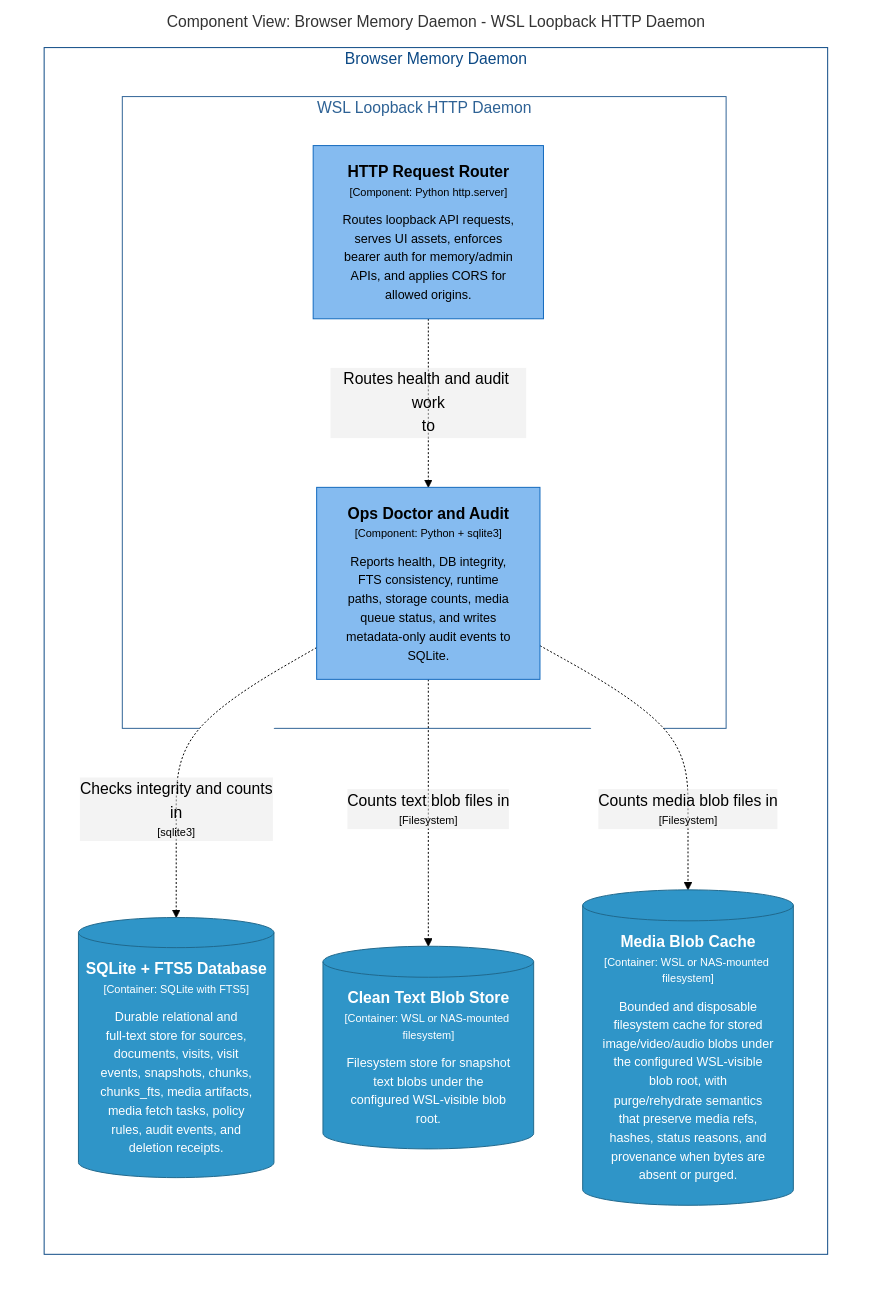
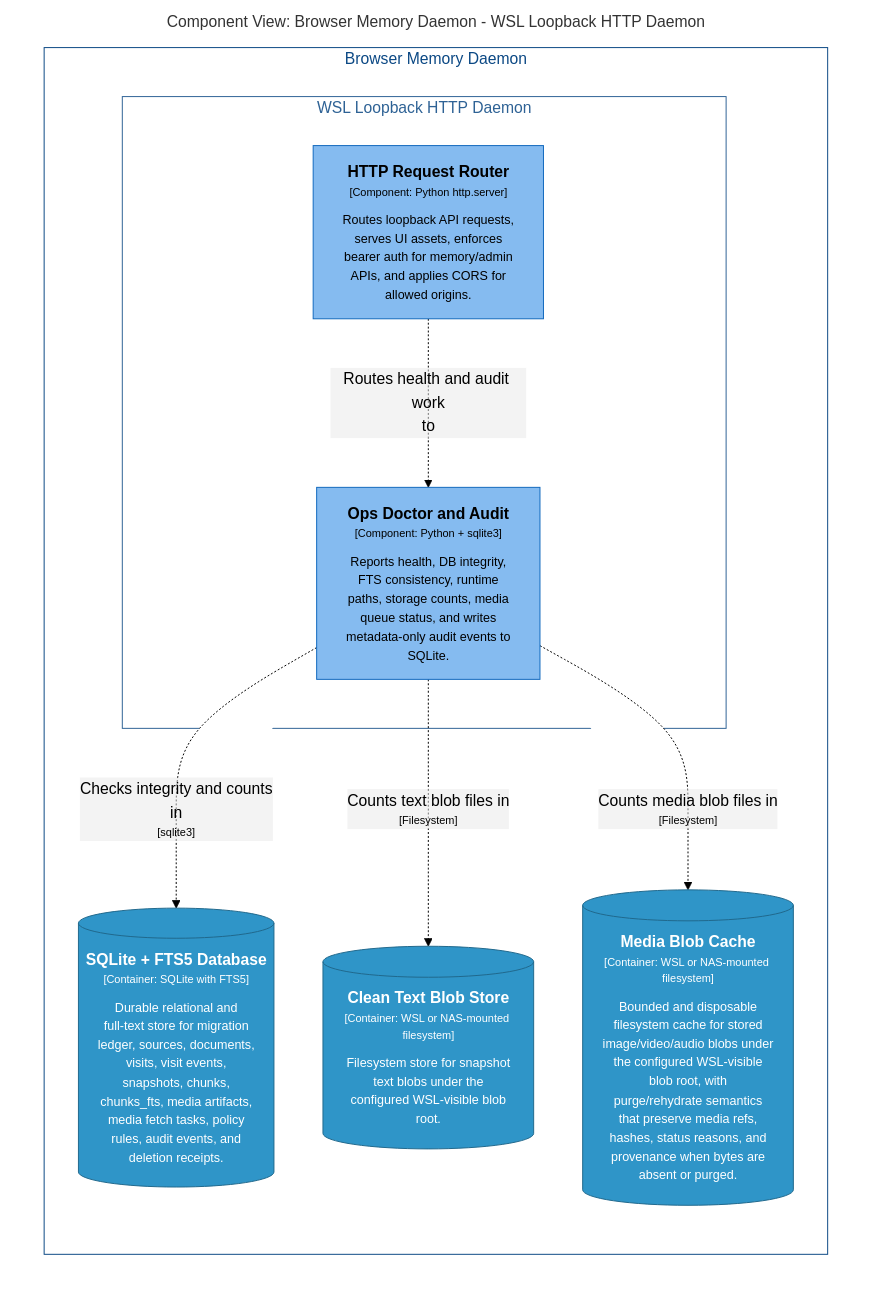
Before and after one commit to michaelnicks0/browser-memory-daemon: the diagram in docs/architecture/diagrams/markdown/DaemonDoctorComponents.md, drawn with Mermaid (forest theme). The commit also changed 180 other files, not shown here.

Commit message:
feat(db): add versioned migration ledger and compatibility checks

````diff
--- a/docs/architecture/diagrams/markdown/DaemonDoctorComponents.md
+++ b/docs/architecture/diagrams/markdown/DaemonDoctorComponents.md
@@ -16,34 +16,34 @@
 ```mermaid
 graph LR
   linkStyle default fill:#ffffff
 
   subgraph diagram ["Component View: Browser Memory Daemon - WSL Loopback HTTP Daemon"]
     style diagram fill:#ffffff,stroke:#ffffff
 
     subgraph 4 ["Browser Memory Daemon"]
       style 4 fill:#ffffff,stroke:#0b4884,color:#0b4884
 
       subgraph 14 ["WSL Loopback HTTP Daemon"]
         style 14 fill:#ffffff,stroke:#2e6295,color:#2e6295
 
         15["<div style='font-weight: bold'>HTTP Request Router</div><div style='font-size: 70%; margin-top: 0px'>[Component: Python http.server]</div><div style='font-size: 80%; margin-top:10px'>Routes loopback API requests,<br />serves UI assets, enforces<br />bearer auth for memory/admin<br />APIs, and applies CORS for<br />allowed origins.</div>"]
         style 15 fill:#85bbf0,stroke:#1168bd,color:#000000
-        23["<div style='font-weight: bold'>Ops Doctor and Audit</div><div style='font-size: 70%; margin-top: 0px'>[Component: Python + sqlite3]</div><div style='font-size: 80%; margin-top:10px'>Reports health, DB integrity,<br />FTS consistency, runtime<br />paths, storage counts, media<br />queue status, and writes<br />metadata-only audit events to<br />SQLite.</div>"]
-        style 23 fill:#85bbf0,stroke:#1168bd,color:#000000
+        24["<div style='font-weight: bold'>Ops Doctor and Audit</div><div style='font-size: 70%; margin-top: 0px'>[Component: Python + sqlite3]</div><div style='font-size: 80%; margin-top:10px'>Reports health, DB integrity,<br />FTS consistency, runtime<br />paths, storage counts, media<br />queue status, and writes<br />metadata-only audit events to<br />SQLite.</div>"]
+        style 24 fill:#85bbf0,stroke:#1168bd,color:#000000
       end
 
-      27[("<div style='font-weight: bold'>SQLite + FTS5 Database</div><div style='font-size: 70%; margin-top: 0px'>[Container: SQLite with FTS5]</div><div style='font-size: 80%; margin-top:10px'>Durable relational and<br />full-text store for sources,<br />documents, visits, visit<br />events, snapshots, chunks,<br />chunks_fts, media artifacts,<br />media fetch tasks, policy<br />rules, audit events, and<br />deletion receipts.</div>")]
-      style 27 fill:#2f95c8,stroke:#20688c,color:#ffffff
-      28[("<div style='font-weight: bold'>Clean Text Blob Store</div><div style='font-size: 70%; margin-top: 0px'>[Container: WSL or NAS-mounted filesystem]</div><div style='font-size: 80%; margin-top:10px'>Filesystem store for snapshot<br />text blobs under the<br />configured WSL-visible blob<br />root.</div>")]
+      28[("<div style='font-weight: bold'>SQLite + FTS5 Database</div><div style='font-size: 70%; margin-top: 0px'>[Container: SQLite with FTS5]</div><div style='font-size: 80%; margin-top:10px'>Durable relational and<br />full-text store for migration<br />ledger, sources, documents,<br />visits, visit events,<br />snapshots, chunks,<br />chunks_fts, media artifacts,<br />media fetch tasks, policy<br />rules, audit events, and<br />deletion receipts.</div>")]
       style 28 fill:#2f95c8,stroke:#20688c,color:#ffffff
-      29[("<div style='font-weight: bold'>Media Blob Cache</div><div style='font-size: 70%; margin-top: 0px'>[Container: WSL or NAS-mounted filesystem]</div><div style='font-size: 80%; margin-top:10px'>Bounded and disposable<br />filesystem cache for stored<br />image/video/audio blobs under<br />the configured WSL-visible<br />blob root, with<br />purge/rehydrate semantics<br />that preserve media refs,<br />hashes, status reasons, and<br />provenance when bytes are<br />absent or purged.</div>")]
+      29[("<div style='font-weight: bold'>Clean Text Blob Store</div><div style='font-size: 70%; margin-top: 0px'>[Container: WSL or NAS-mounted filesystem]</div><div style='font-size: 80%; margin-top:10px'>Filesystem store for snapshot<br />text blobs under the<br />configured WSL-visible blob<br />root.</div>")]
       style 29 fill:#2f95c8,stroke:#20688c,color:#ffffff
+      30[("<div style='font-weight: bold'>Media Blob Cache</div><div style='font-size: 70%; margin-top: 0px'>[Container: WSL or NAS-mounted filesystem]</div><div style='font-size: 80%; margin-top:10px'>Bounded and disposable<br />filesystem cache for stored<br />image/video/audio blobs under<br />the configured WSL-visible<br />blob root, with<br />purge/rehydrate semantics<br />that preserve media refs,<br />hashes, status reasons, and<br />provenance when bytes are<br />absent or purged.</div>")]
+      style 30 fill:#2f95c8,stroke:#20688c,color:#ffffff
     end
 
-    15-. "<div>Routes health and audit work<br />to</div><div style='font-size: 70%'></div>" .->23
-    23-. "<div>Checks integrity and counts<br />in</div><div style='font-size: 70%'>[sqlite3]</div>" .->27
-    23-. "<div>Counts text blob files in</div><div style='font-size: 70%'>[Filesystem]</div>" .->28
-    23-. "<div>Counts media blob files in</div><div style='font-size: 70%'>[Filesystem]</div>" .->29
+    15-. "<div>Routes health and audit work<br />to</div><div style='font-size: 70%'></div>" .->24
+    24-. "<div>Checks integrity and counts<br />in</div><div style='font-size: 70%'>[sqlite3]</div>" .->28
+    24-. "<div>Counts text blob files in</div><div style='font-size: 70%'>[Filesystem]</div>" .->29
+    24-. "<div>Counts media blob files in</div><div style='font-size: 70%'>[Filesystem]</div>" .->30
 
   end
 ```
````
